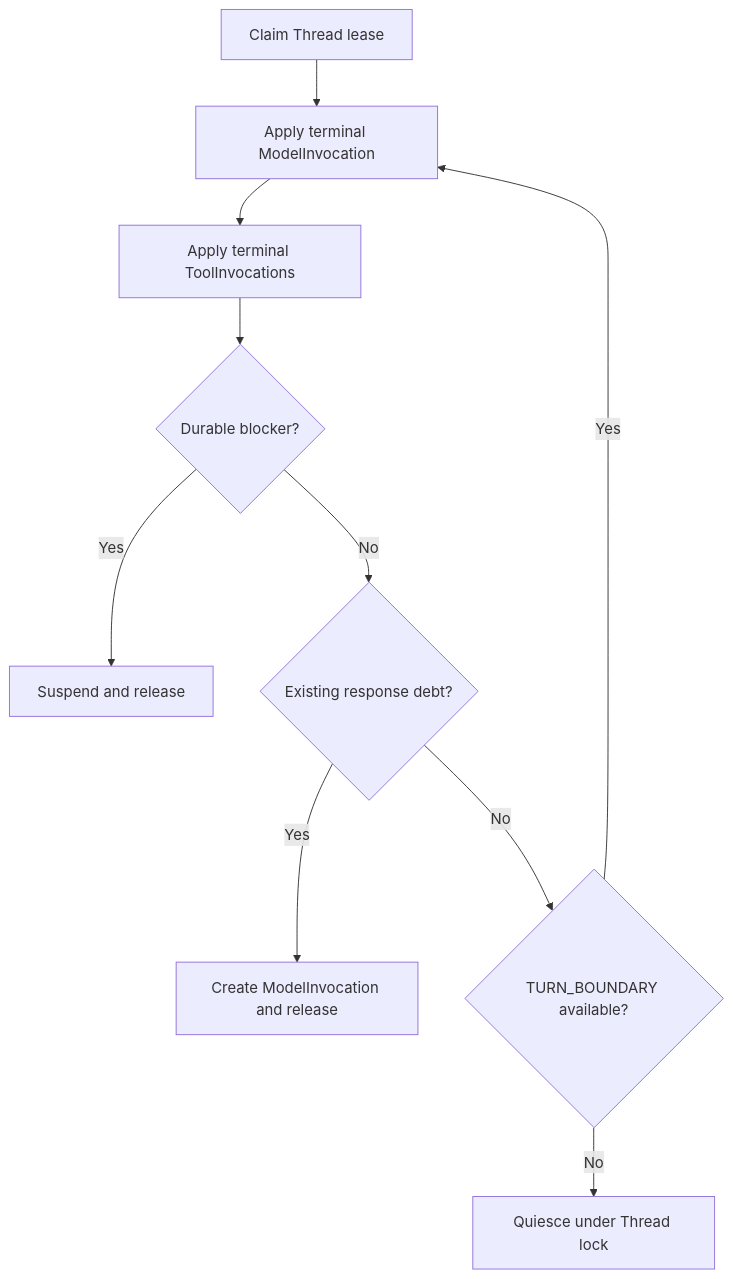
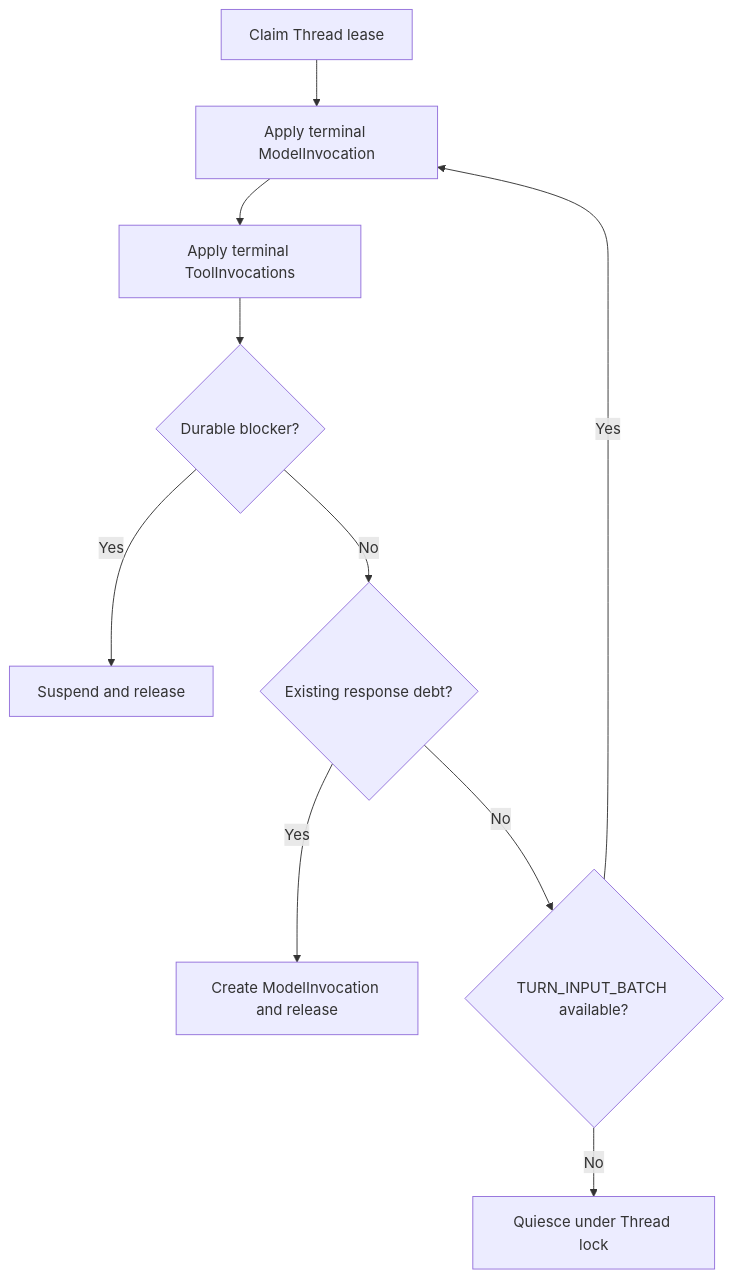
Before and after one commit to fengwk/kk-studio: the second of 4 diagrams in docs/technical-solution/harness-runtime-architecture.md, drawn with Mermaid. The commit also changed other lines of this file and 29 other files, not shown here.

Commit message:
fix(runtime): harvest queued inputs per turn batch

````diff
--- a/docs/technical-solution/harness-runtime-architecture.md
+++ b/docs/technical-solution/harness-runtime-architecture.md
@@ -233,12 +233,12 @@
 ```mermaid
 flowchart TD
     A[Claim Thread lease] --> B[Apply terminal ModelInvocation]
     B --> C[Apply terminal ToolInvocations]
     C --> D{Durable blocker?}
     D -- Yes --> E[Suspend and release]
     D -- No --> F{Existing response debt?}
     F -- Yes --> G[Create ModelInvocation and release]
-    F -- No --> H{TURN_BOUNDARY available?}
+    F -- No --> H{TURN_INPUT_BATCH available?}
     H -- Yes --> B
     H -- No --> I[Quiesce under Thread lock]
 ```
````
